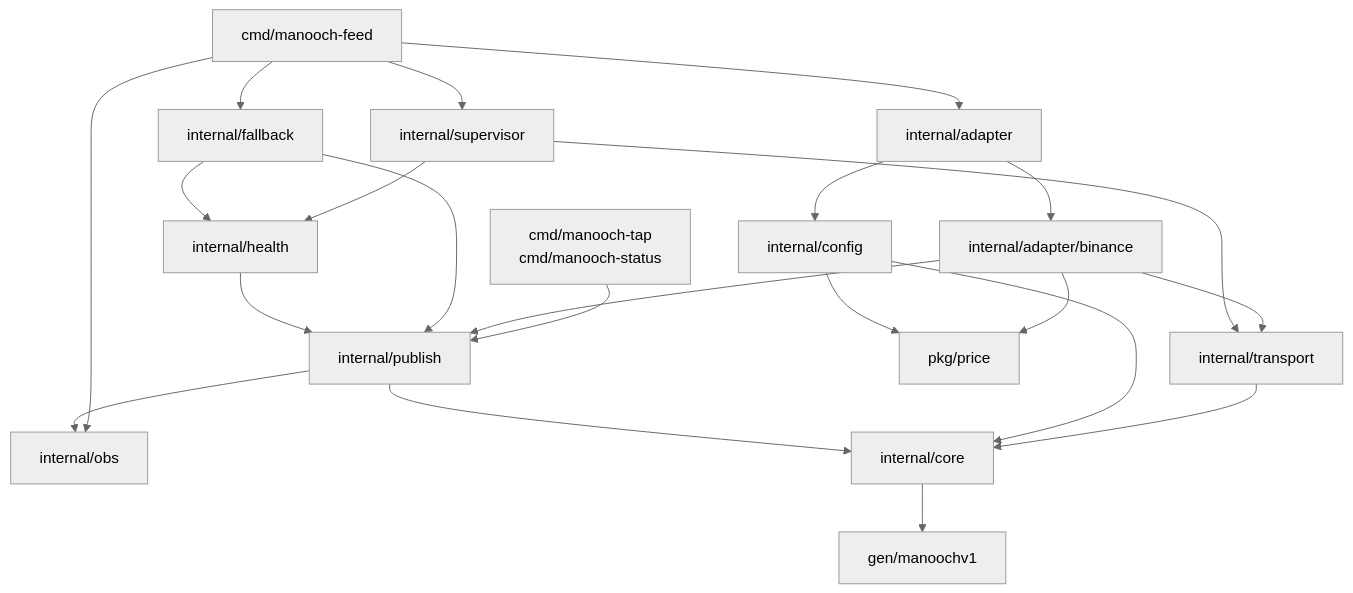
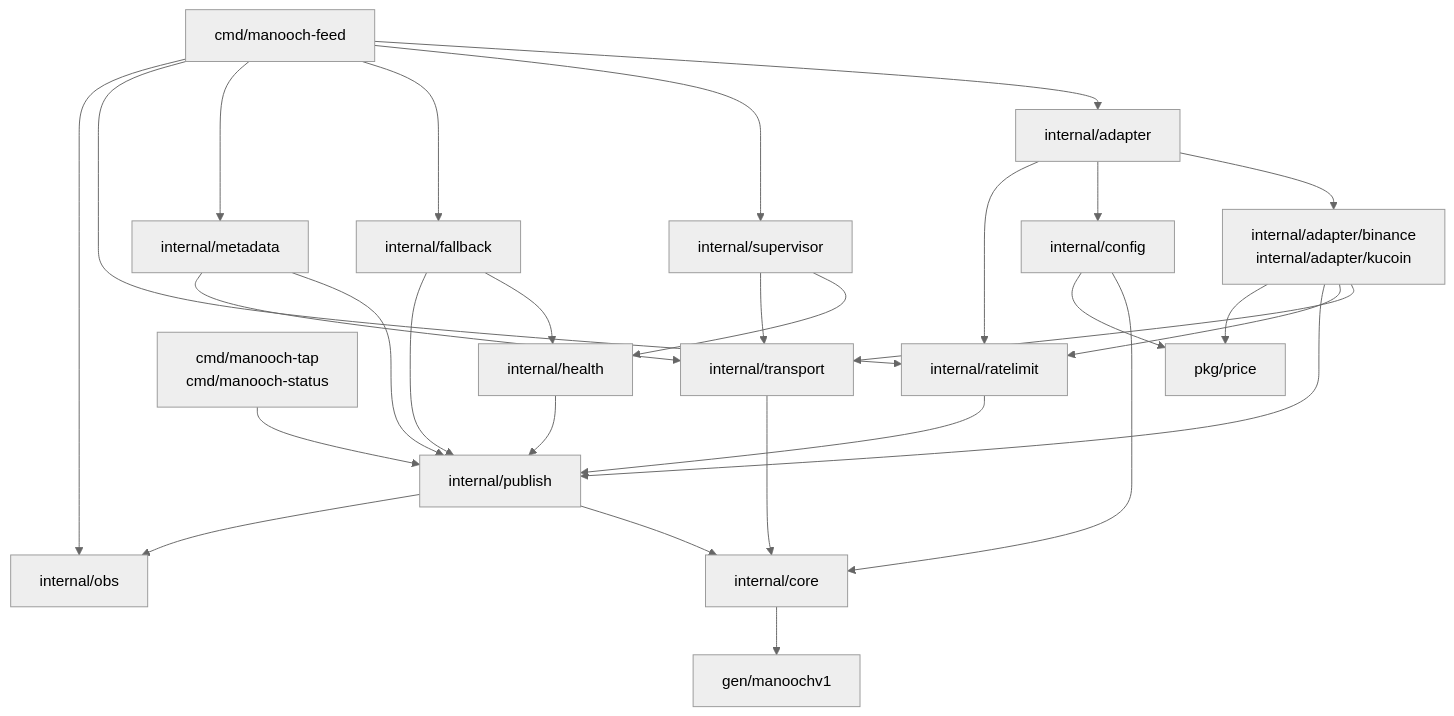
The first of 2 diagrams in docs/architecture.md (mrfatolahi1/Manooch), drawn with Mermaid (neutral theme) before and after one commit. The commit also changed other lines of this file and 16 other files, not shown here.

Commit message:
docs: final architecture pass and readme

````diff
--- a/docs/architecture.md
+++ b/docs/architecture.md
@@ -42,24 +48,31 @@
 ```mermaid
 graph TD
   feed["cmd/manooch-feed"] --> adapter["internal/adapter"]
   feed --> supervisor["internal/supervisor"]
   feed --> fallback["internal/fallback"]
+  feed --> metadata["internal/metadata"]
+  feed --> ratelimit["internal/ratelimit"]
   feed --> obs["internal/obs"]
   cli["cmd/manooch-tap<br/>cmd/manooch-status"] --> publish["internal/publish"]
-  adapter --> binance["internal/adapter/binance"]
+  adapter --> venues["internal/adapter/binance<br/>internal/adapter/kucoin"]
   adapter --> config["internal/config"]
-  binance --> transport["internal/transport"]
-  binance --> publish
-  binance --> price["pkg/price"]
+  adapter --> ratelimit
+  venues --> transport["internal/transport"]
+  venues --> ratelimit
+  venues --> publish
+  venues --> price["pkg/price"]
   supervisor --> health["internal/health"]
   supervisor --> transport
   fallback --> health
   fallback --> publish
+  metadata --> publish
+  metadata --> transport
+  ratelimit --> publish
   health --> publish
   transport --> core["internal/core"]
   config --> core
   config --> price
   publish --> core
   publish --> obs
   core --> gen["gen/manoochv1"]
 ```
````
